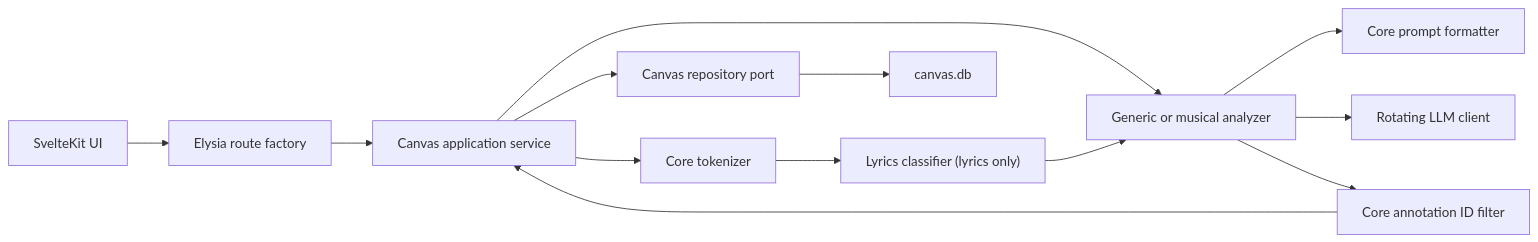
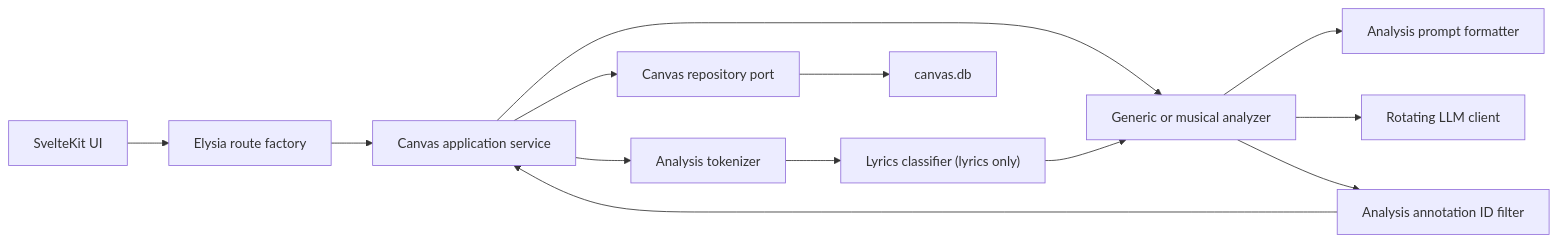
The diagram in docs/flows/lyrics-canvas/architecture.md (jorgesalica/flow-sample), drawn with Mermaid before and after one commit. The commit also changed other lines of this file and 41 other files, not shown here.

````diff
--- a/docs/flows/lyrics-canvas/architecture.md
+++ b/docs/flows/lyrics-canvas/architecture.md
@@ -26,15 +26,15 @@
 ```mermaid
 flowchart LR
     UI["SvelteKit UI"] --> Route["Elysia route factory"]
     Route --> Service["Canvas application service"]
-    Service --> Tokenizer["Core tokenizer"]
+    Service --> Tokenizer["Analysis tokenizer"]
     Tokenizer --> Classifier["Lyrics classifier (lyrics only)"]
     Service --> Analyzer["Generic or musical analyzer"]
     Classifier --> Analyzer
-    Analyzer --> Formatter["Core prompt formatter"]
+    Analyzer --> Formatter["Analysis prompt formatter"]
     Analyzer --> LLM["Rotating LLM client"]
-    Analyzer --> Filter["Core annotation ID filter"]
+    Analyzer --> Filter["Analysis annotation ID filter"]
     Filter --> Service
     Service --> Repository["Canvas repository port"]
     Repository --> Database["canvas.db"]
 ```
````
